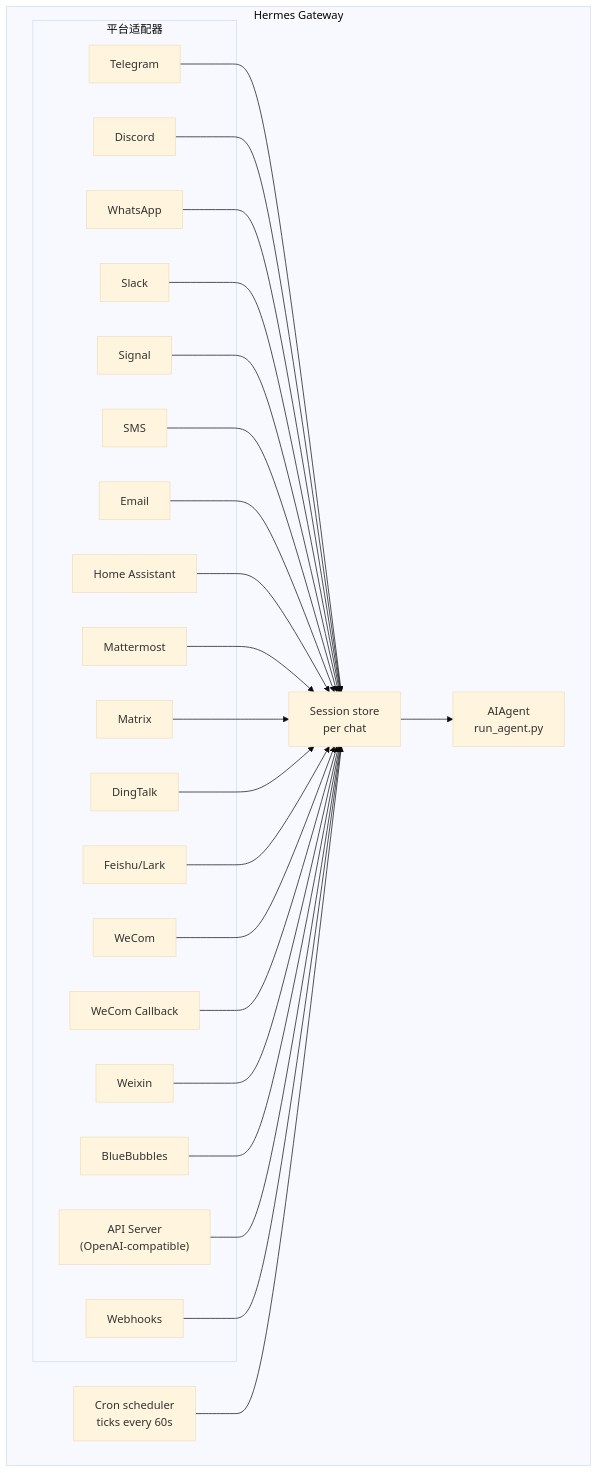
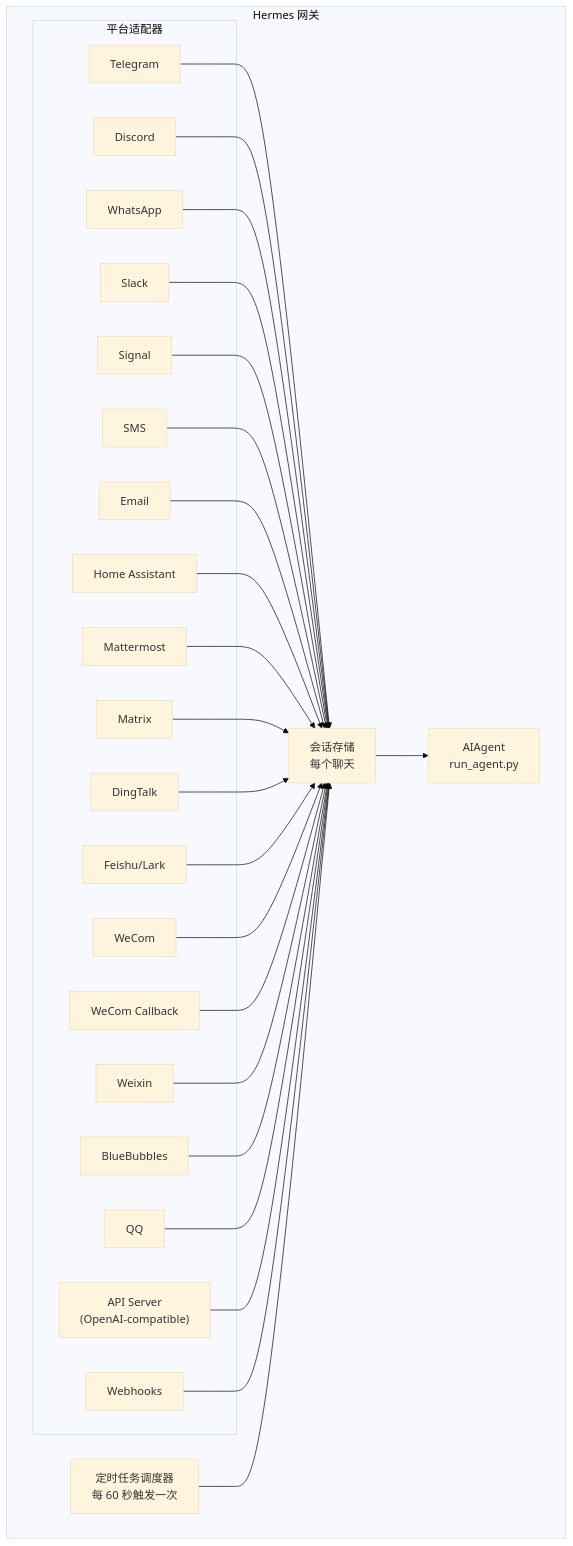
One commit to lyy0709/hermes-agent-zh changed the diagram in translations/docs/user-guide/messaging/index.md. Above: the diagram before and after it, drawn with Mermaid (base theme). The commit also changed other lines of this file and 31 other files, not shown here.

````diff
--- a/translations/docs/user-guide/messaging/index.md
+++ b/translations/docs/user-guide/messaging/index.md
@@ -38,50 +39,52 @@
 ```mermaid
 flowchart TB
-    subgraph Gateway["Hermes Gateway"]
+    subgraph Gateway["Hermes 网关"]
         subgraph Adapters["平台适配器"]
             tg[Telegram]
             dc[Discord]
             wa[WhatsApp]
             sl[Slack]
             sig[Signal]
             sms[SMS]
             em[Email]
             ha[Home Assistant]
             mm[Mattermost]
             mx[Matrix]
             dt[DingTalk]
     fs[Feishu/Lark]
     wc[WeCom]
     wcb[WeCom Callback]
     wx[Weixin]
     bb[BlueBubbles]
+    qq[QQ]
             api["API Server<br/>(OpenAI-compatible)"]
             wh[Webhooks]
         end
 
-        store["Session store<br/>per chat"]
+        store["会话存储<br/>每个聊天"]
         agent["AIAgent<br/>run_agent.py"]
-        cron["Cron scheduler<br/>ticks every 60s"]
+        cron["定时任务调度器<br/>每 60 秒触发一次"]
     end
 
     tg --> store
     dc --> store
     wa --> store
     sl --> store
     sig --> store
     sms --> store
     em --> store
     ha --> store
     mm --> store
     mx --> store
     dt --> store
     fs --> store
     wc --> store
     wcb --> store
     wx --> store
     bb --> store
+    qq --> store
     api --> store
     wh --> store
     store --> agent
     cron --> store
 ```
````
